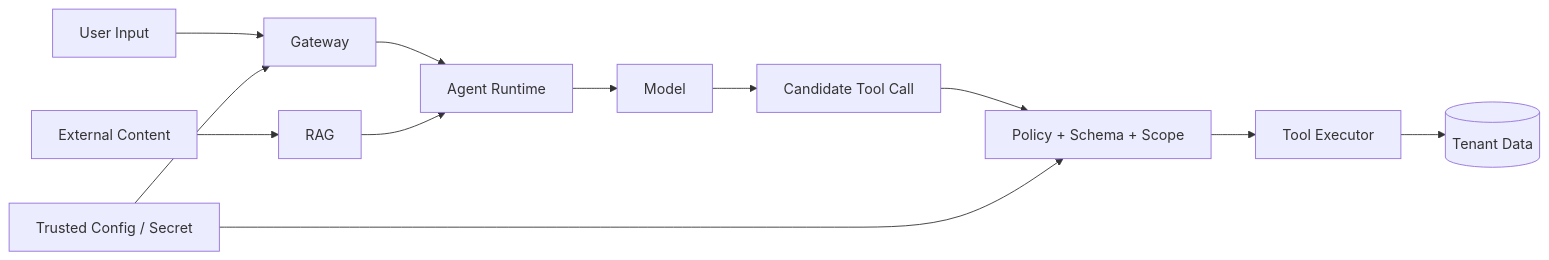
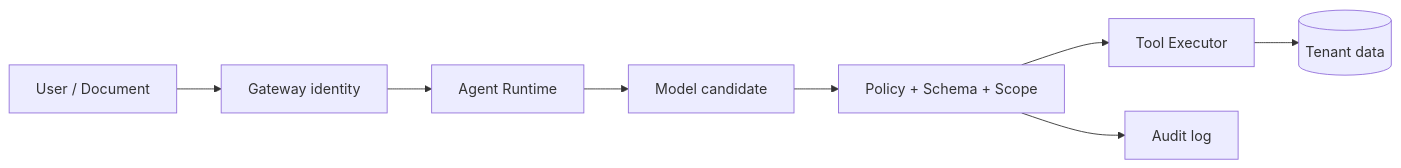
Before and after one commit to upJiang/jiang-blog-vitepress: the diagram in docs/devops/ai-platform-security.md, drawn with Mermaid. The commit also changed other lines of this file and 190 other files, not shown here.

````diff
--- a/docs/devops/ai-platform-security.md
+++ b/docs/devops/ai-platform-security.md
@@ -35,14 +31,10 @@
 ```mermaid
 flowchart LR
-  U[User Input] --> G[Gateway]
-  X[External Content] --> R[RAG]
+  U[User / Document] --> G[Gateway identity]
   G --> A[Agent Runtime]
-  R --> A
-  A --> M[Model]
-  M --> C[Candidate Tool Call]
-  C --> V[Policy + Schema + Scope]
-  V --> T[Tool Executor]
-  T --> D[(Tenant Data)]
-  S[Trusted Config / Secret] --> G
-  S --> V
+  A --> M[Model candidate]
+  M --> P[Policy + Schema + Scope]
+  P --> T[Tool Executor]
+  T --> D[(Tenant data)]
+  P --> L[Audit log]
 ```
````
